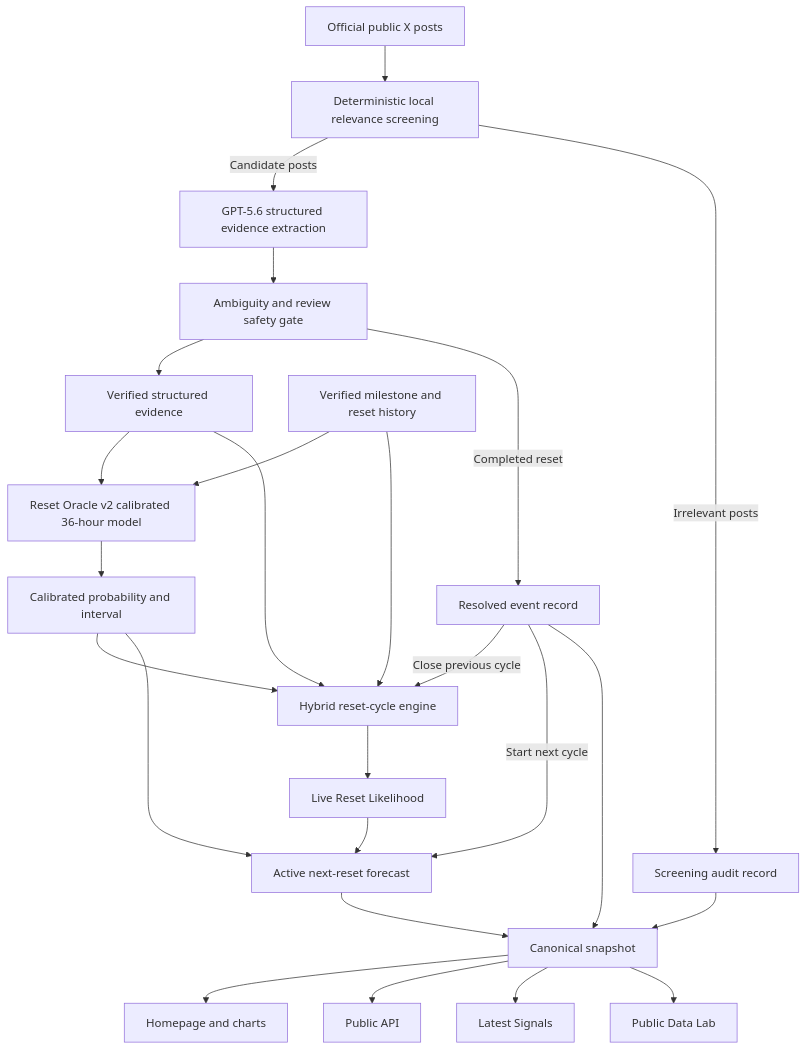
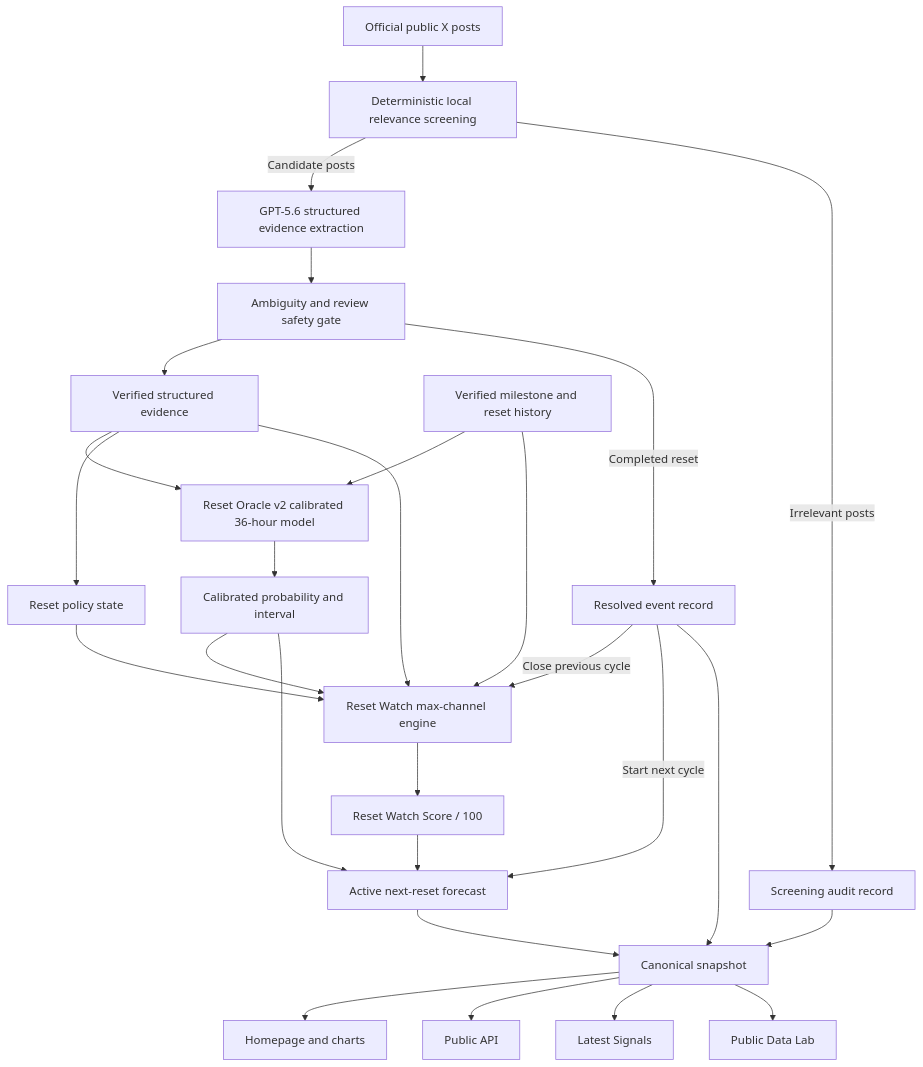
Before and after one commit to 9natthaphong/tiboreset: the diagram in README.md, drawn with Mermaid. The commit also changed other lines of this file and 31 other files, not shown here.

Commit message:
refactor: replace fixed likelihood floor with max evidence fusion

````diff
--- a/README.md
+++ b/README.md
@@ -85,27 +86,29 @@
 ```mermaid
 flowchart TD
     X[Official public X posts] --> S[Deterministic local relevance screening]
     S -->|Candidate posts| G[GPT-5.6 structured evidence extraction]
     S -->|Irrelevant posts| A[Screening audit record]
     G --> Q[Ambiguity and review safety gate]
     Q --> E[Verified structured evidence]
     H[Verified milestone and reset history] --> R[Reset Oracle v2 calibrated 36-hour model]
     E --> R
     R --> C[Calibrated probability and interval]
-    H --> Y[Hybrid reset-cycle engine]
+    H --> Y[Reset Watch max-channel engine]
+    E --> P[Reset policy state]
+    P --> Y
     E --> Y
     C --> Y
-    Y --> L[Live Reset Likelihood]
+    Y --> L[Reset Watch Score / 100]
     Q -->|Completed reset| Z[Resolved event record]
     Z -->|Close previous cycle| Y
     Z -->|Start next cycle| N[Active next-reset forecast]
     L --> N
     C --> N
     A --> K[Canonical snapshot]
     Z --> K
     N --> K
     K --> U[Homepage and charts]
     K --> API[Public API]
     K --> LS[Latest Signals]
     K --> DL[Public Data Lab]
 ```
````
